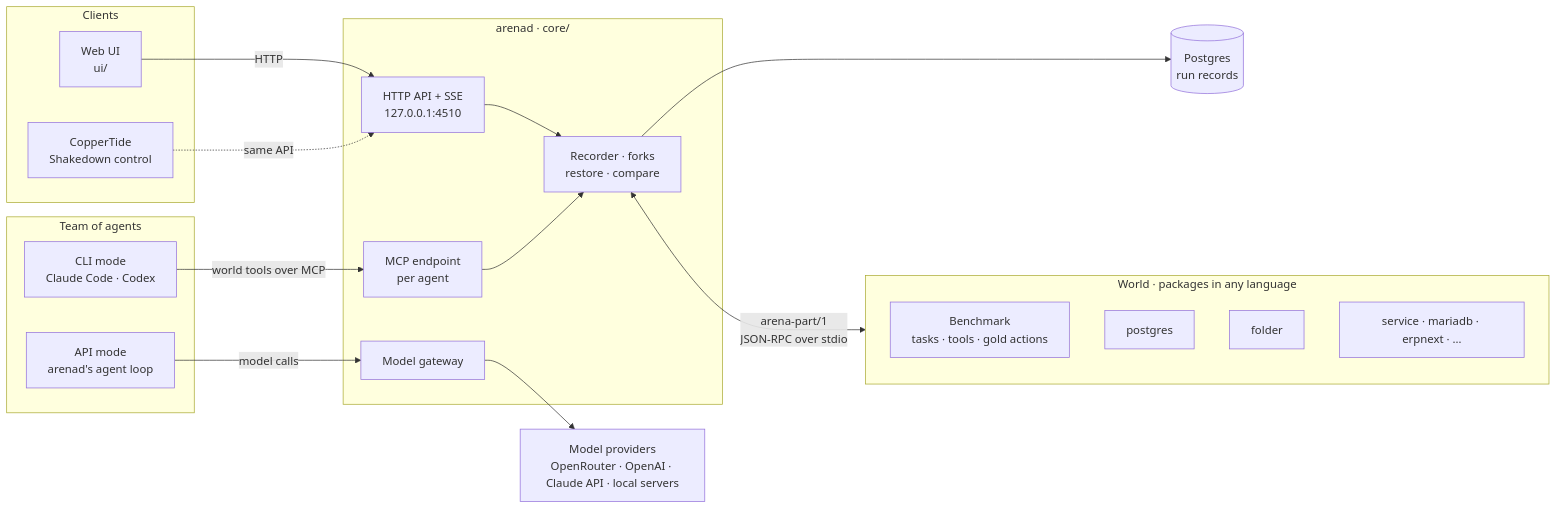
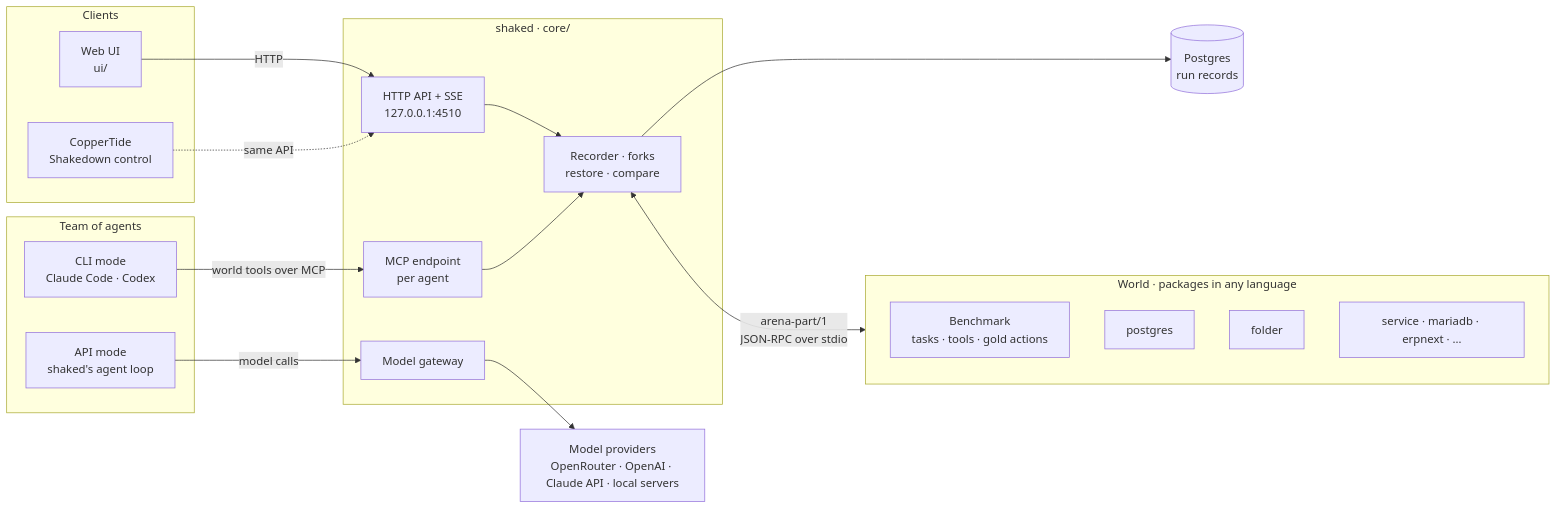
One commit to CopperTide/Shakedown changed the diagram in README.md. Above: the diagram before and after it, drawn with Mermaid. The commit also changed other lines of this file and 42 other files, not shown here.

````diff
--- a/README.md
+++ b/README.md
@@ -127,39 +126,39 @@
 ```mermaid
 flowchart LR
   subgraph clients["Clients"]
     UI["Web UI<br/>ui/"]
     SC["CopperTide<br/>Shakedown control"]
   end
 
   subgraph team["Team of agents"]
     CLI["CLI mode<br/>Claude Code · Codex"]
-    OPEN["API mode<br/>arenad's agent loop"]
+    OPEN["API mode<br/>shaked's agent loop"]
   end
 
-  subgraph engine["arenad · core/"]
+  subgraph engine["shaked · core/"]
     API["HTTP API + SSE<br/>127.0.0.1:4510"]
     MCP["MCP endpoint<br/>per agent"]
     GW["Model gateway"]
     ENG["Recorder · forks<br/>restore · compare"]
   end
 
   subgraph world["World · packages in any language"]
     BM["Benchmark<br/>tasks · tools · gold actions"]
     P1["postgres"]
     P2["folder"]
     P3["service · mariadb · erpnext · …"]
   end
 
   PG[("Postgres<br/>run records")]
   OR["Model providers<br/>OpenRouter · OpenAI · Claude API · local servers"]
 
   UI -->|HTTP| API
   SC -.->|same API| API
   CLI -->|world tools over MCP| MCP
   OPEN -->|model calls| GW
   GW --> OR
   API --> ENG
   MCP --> ENG
   ENG --> PG
   ENG <-->|"arena-part/1<br/>JSON-RPC over stdio"| world
 ```
````
